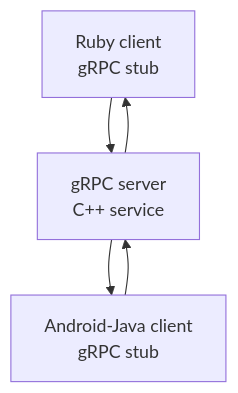
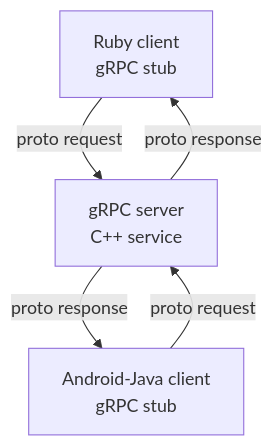
Diagram 11 of 14 in 2026-2027-Sem1/AIMLCZG549-APIDrivenCloudNativeSolutions/notes/S01-api-basics.md (sanjaykumarpushadapu/MTech), drawn with Mermaid before and after one commit. The commit also changed other lines of this file and 2 other files, not shown here.

Commit message:
fix s mermaid

````diff
--- a/2026-2027-Sem1/AIMLCZG549-APIDrivenCloudNativeSolutions/notes/S01-api-basics.md
+++ b/2026-2027-Sem1/AIMLCZG549-APIDrivenCloudNativeSolutions/notes/S01-api-basics.md
@@ -631,7 +633,7 @@
 ```mermaid
 flowchart TD
-    RC[Ruby client<br/>gRPC stub] --> GS[gRPC server<br/>C++ service]
-    AJ[Android-Java client<br/>gRPC stub] --> GS
-    GS --> RC
-    GS --> AJ
+    RC[Ruby client<br/>gRPC stub] -->|"proto request"| GS[gRPC server<br/>C++ service]
+    AJ[Android-Java client<br/>gRPC stub] -->|"proto request"| GS
+    GS -->|"proto response"| RC
+    GS -->|"proto response"| AJ
 ```
````
